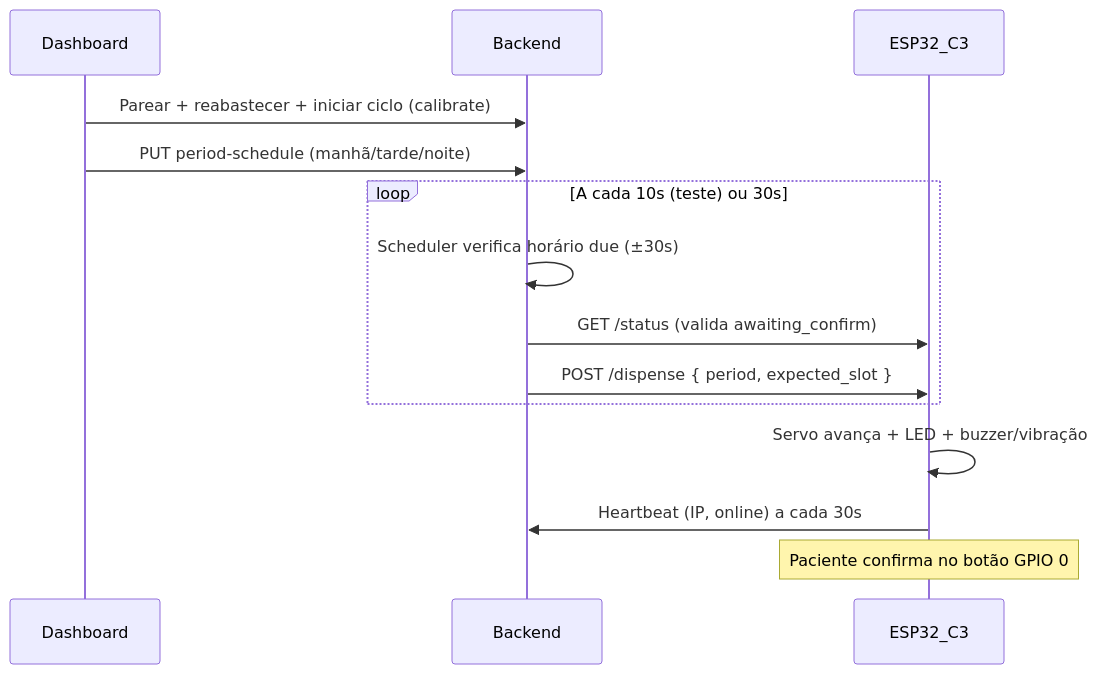
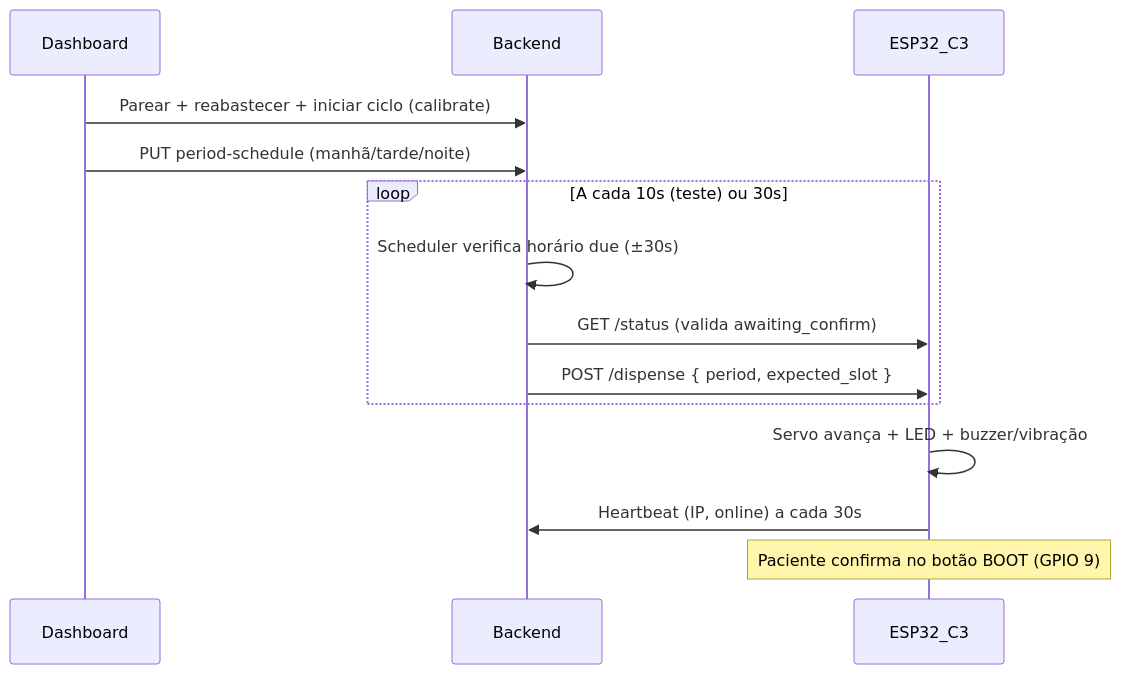
One commit to FelippeVelosoMarinho/SmartDispenser_Lab1 changed the diagram in firmware/GUIA_TESTES_ESP32_C3.md. Above: the diagram before and after it, drawn with Mermaid. The commit also changed other lines of this file and 12 other files, not shown here.

````diff
--- a/firmware/GUIA_TESTES_ESP32_C3.md
+++ b/firmware/GUIA_TESTES_ESP32_C3.md
@@ -13,17 +13,17 @@
 ```mermaid
 sequenceDiagram
     participant UI as Dashboard
     participant BE as Backend
     participant ESP as ESP32_C3
 
     UI->>BE: Parear + reabastecer + iniciar ciclo (calibrate)
     UI->>BE: PUT period-schedule (manhã/tarde/noite)
     loop A cada 10s (teste) ou 30s
         BE->>BE: Scheduler verifica horário due (±30s)
         BE->>ESP: GET /status (valida awaiting_confirm)
         BE->>ESP: POST /dispense { period, expected_slot }
     end
     ESP->>ESP: Servo avança + LED + buzzer/vibração
     ESP->>BE: Heartbeat (IP, online) a cada 30s
-    Note over ESP: Paciente confirma no botão GPIO 0
+    Note over ESP: Paciente confirma no botão BOOT (GPIO 9)
 ```
````
